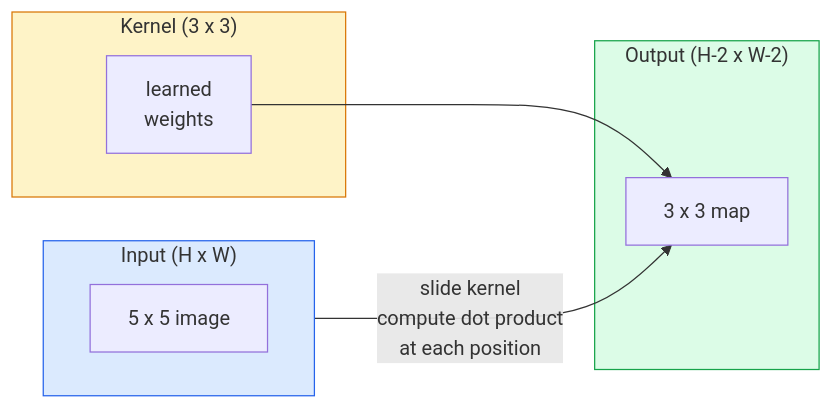
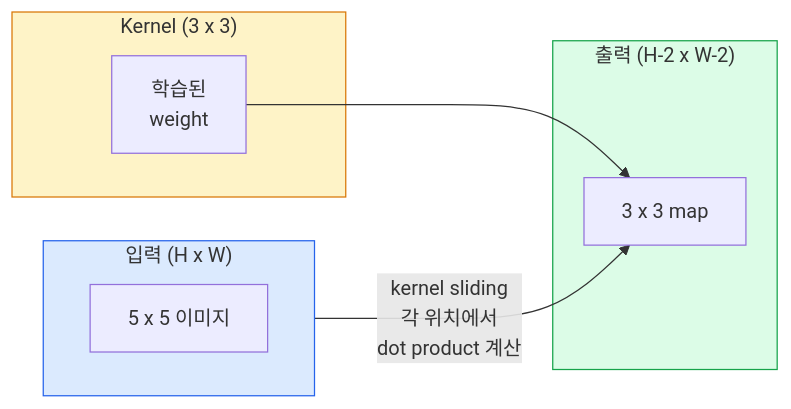
Before and after one commit to ChoBazzi/ai-engineering-from-scratch: the first of 2 diagrams in phases/04-computer-vision/02-convolutions-from-scratch/docs/en.md, drawn with Mermaid. The commit also changed other lines of this file and 868 other files, not shown here.

````diff
--- a/phases/04-computer-vision/02-convolutions-from-scratch/docs/en.md
+++ b/phases/04-computer-vision/02-convolutions-from-scratch/docs/en.md
@@ -31,19 +31,19 @@
 ```mermaid
 flowchart LR
-    subgraph IN["Input (H x W)"]
+    subgraph IN["입력 (H x W)"]
         direction LR
-        I1["5 x 5 image"]
+        I1["5 x 5 이미지"]
     end
     subgraph K["Kernel (3 x 3)"]
-        K1["learned<br/>weights"]
+        K1["학습된<br/>weight"]
     end
-    subgraph OUT["Output (H-2 x W-2)"]
+    subgraph OUT["출력 (H-2 x W-2)"]
         O1["3 x 3 map"]
     end
-    I1 --> |"slide kernel<br/>compute dot product<br/>at each position"| O1
+    I1 --> |"kernel sliding<br/>각 위치에서<br/>dot product 계산"| O1
     K1 --> O1
 
     style IN fill:#dbeafe,stroke:#2563eb
     style K fill:#fef3c7,stroke:#d97706
     style OUT fill:#dcfce7,stroke:#16a34a
 ```
````
